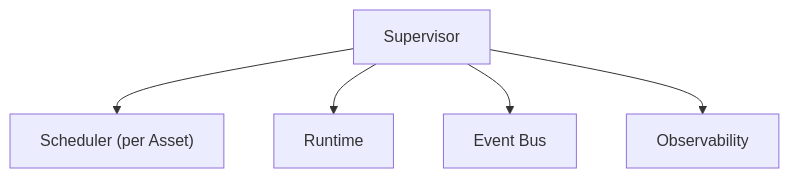
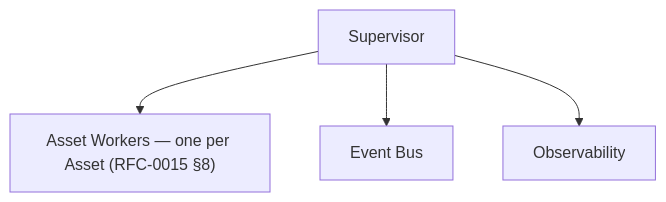
The third of 3 diagrams in RFC/RFC-0013-Error-Handling.md (carvalhosauro/vigil), drawn with Mermaid before and after one commit. The commit also changed other lines of this file and 7 other files, not shown here.

First line of the commit message:
docs(rfc): align existing RFCs with the runtime definition

````diff
--- a/RFC/RFC-0013-Error-Handling.md
+++ b/RFC/RFC-0013-Error-Handling.md
@@ -138,8 +144,7 @@
 ```mermaid
 flowchart TB
     Sup[Supervisor]
-    Sup --> Sched["Scheduler (per Asset)"]
-    Sup --> RT[Runtime]
+    Sup --> AW["Asset Workers — one per Asset (RFC-0015 §8)"]
     Sup --> EB["Event Bus"]
     Sup --> Obs[Observability]
 ```
````
